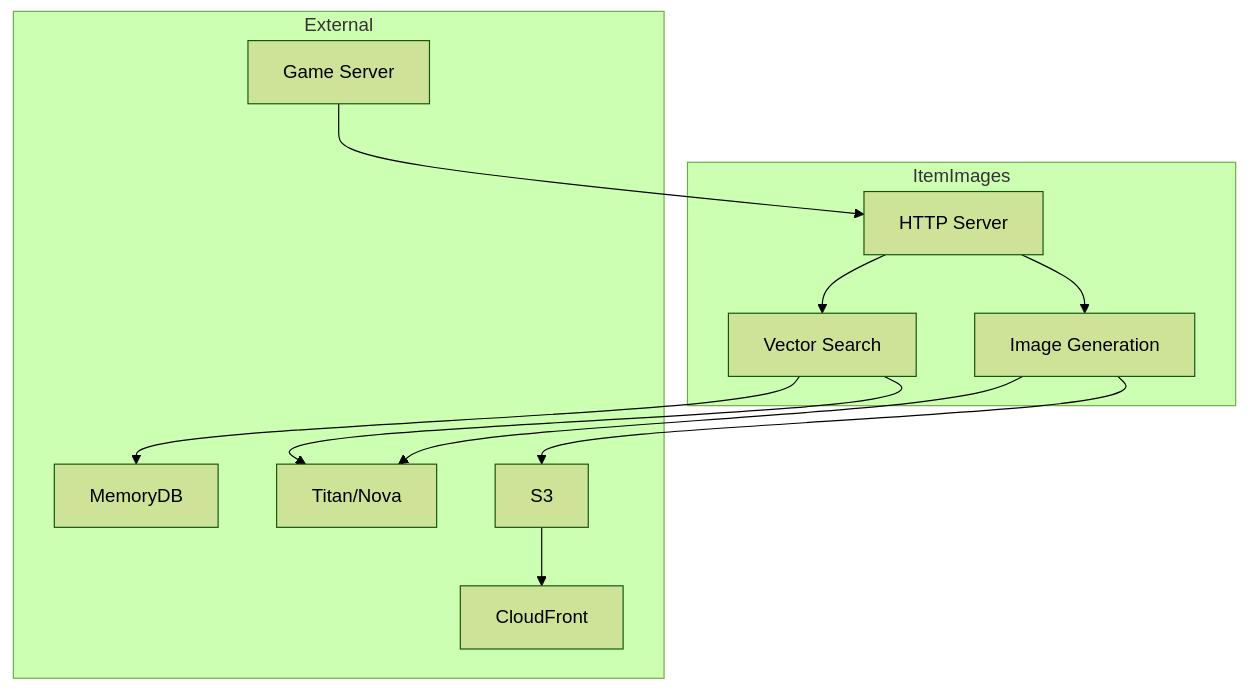
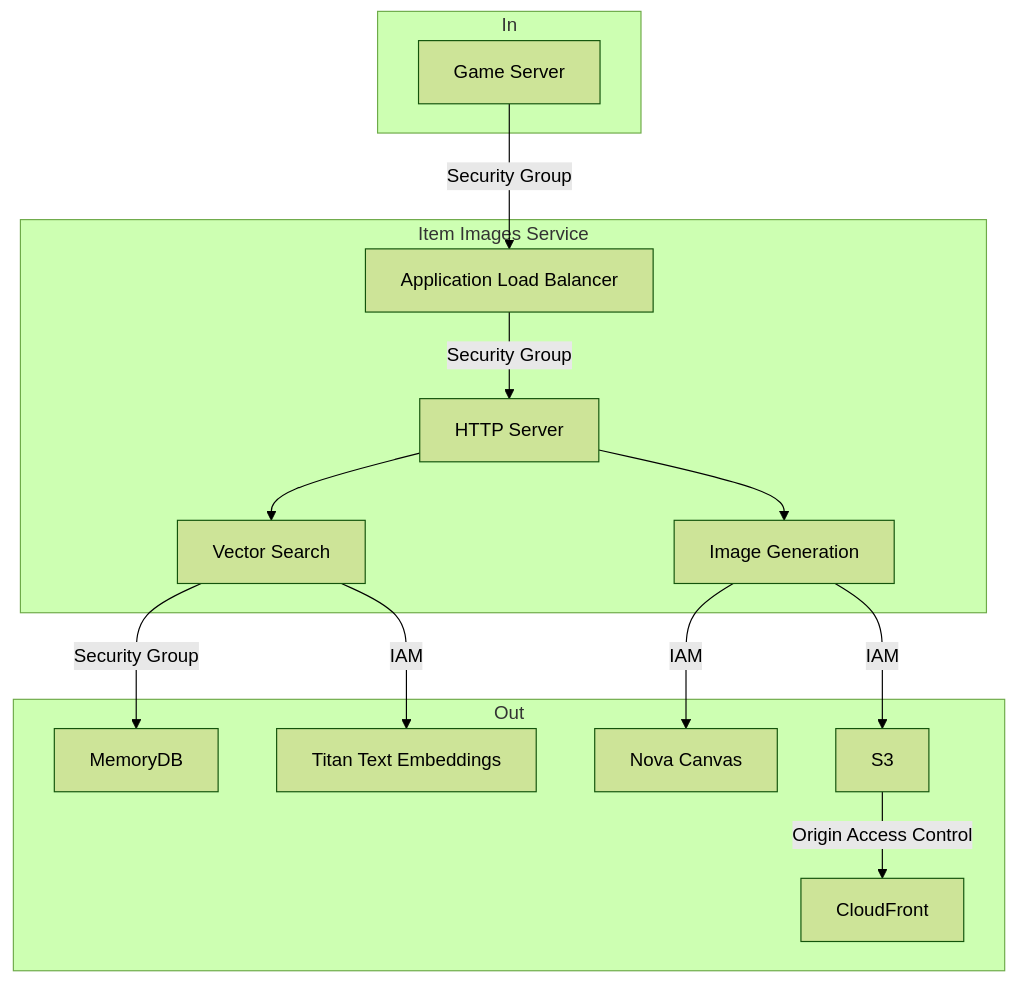
One commit to kirodotdev/spirit-of-kiro changed the fourth of 4 diagrams in docs/appsec-overview.md. Above: the diagram before and after it, drawn with Mermaid (forest theme). The commit also changed other lines of this file and 7 other files, not shown here.

````diff
--- a/docs/appsec-overview.md
+++ b/docs/appsec-overview.md
@@ -109,25 +129,31 @@
 ```mermaid
 graph TB
-    subgraph ItemImages
+    subgraph ItemImages[Item Images Service]
+        ALB[Application Load Balancer]
         HTTP[HTTP Server]
         Vector[Vector Search]
         ImageGen[Image Generation]
+        ALB -->|Security Group|HTTP
+        HTTP --> Vector
+        HTTP --> ImageGen
     end
 
-    subgraph External
+    subgraph In
         Server[Game Server]
+    end
+
+    subgraph Out
         MemoryDB[MemoryDB]
         S3[S3]
         CloudFront[CloudFront]
-        AI[Titan/Nova]
+        Embeddings[Titan Text Embeddings]
+        ImageModel[Nova Canvas]
     end
 
-    Server --> HTTP
-    HTTP --> Vector
-    HTTP --> ImageGen
-    Vector --> MemoryDB
-    Vector --> AI
-    ImageGen --> AI
-    ImageGen --> S3
-    S3 --> CloudFront
+    Server -->|Security Group|ALB
+    Vector -->|Security Group|MemoryDB
+    Vector -->|IAM|Embeddings
+    ImageGen -->|IAM|ImageModel
+    ImageGen -->|IAM|S3
+    S3 -->|Origin Access Control|CloudFront
 ```
````
